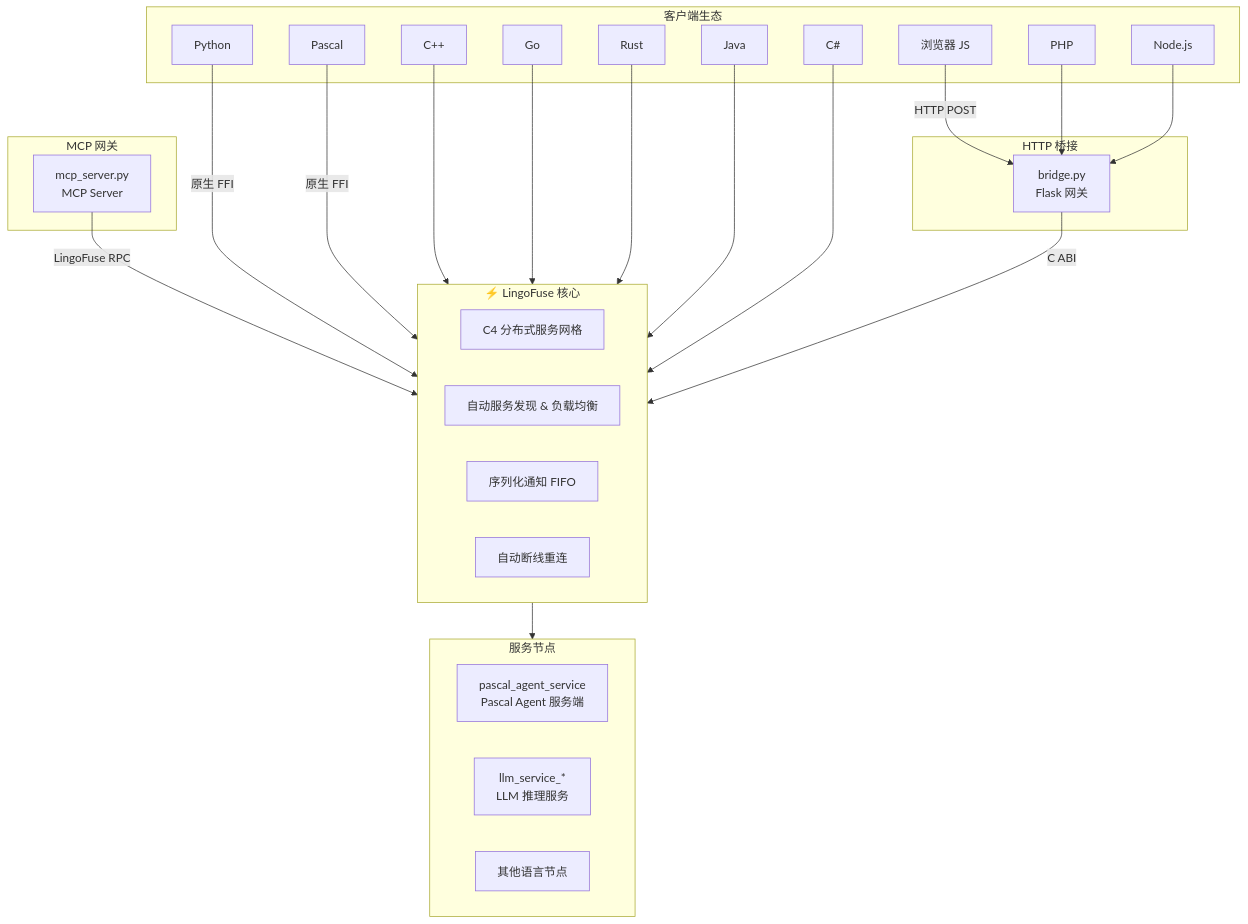
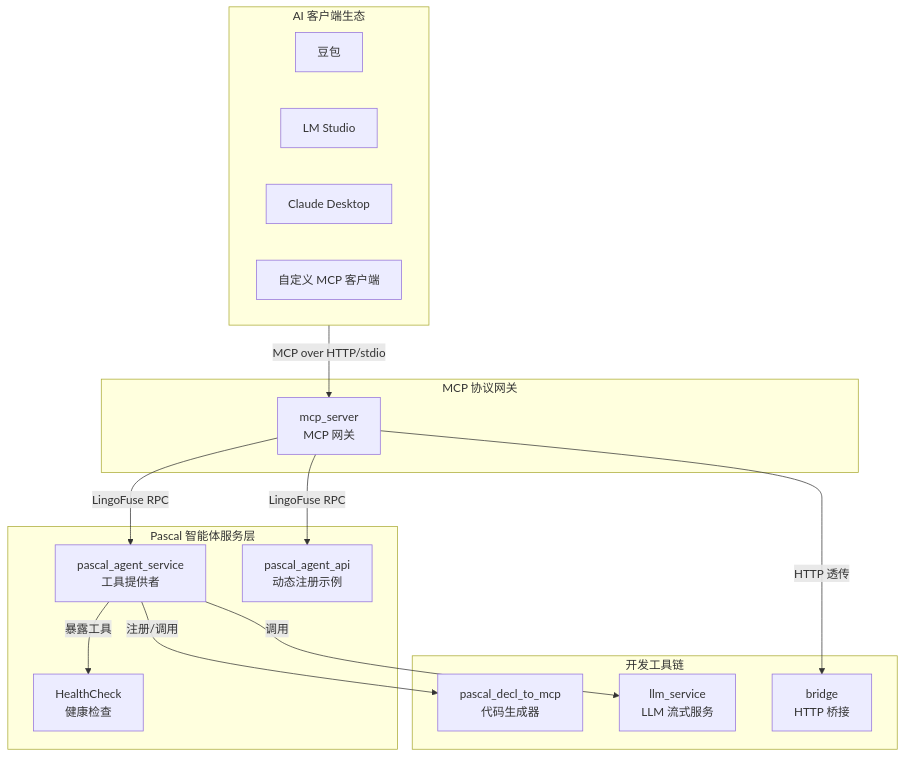
Before and after one commit to PassByYou888/LingoFuse-pasAgent: the diagram in readme.md, drawn with Mermaid. The commit also changed other lines of this file, not shown here.

````diff
--- a/readme.md
+++ b/readme.md
@@ -55,50 +45,33 @@
 ```mermaid
 graph TB
-    subgraph Clients["客户端生态"]
-        Py["Python"]
-        Pas["Pascal"]
-        CPP["C++"]
-        Go["Go"]
-        Rust["Rust"]
-        Java["Java"]
-        Cs["C#"]
-        Node["Node.js"]
-        PHP["PHP"]
-        Web["浏览器 JS"]
+    subgraph Clients["AI 客户端生态"]
+        Doubao["豆包"]
+        LMStudio["LM Studio"]
+        Claude["Claude Desktop"]
+        Custom["自定义 MCP 客户端"]
     end
 
-    subgraph Bridge["HTTP 桥接"]
-        Flask["bridge.py<br>Flask 网关"]
+    subgraph Gateway["MCP 协议网关"]
+        MCP["mcp_server<br>MCP 网关"]
     end
 
-    subgraph MCP["MCP 网关"]
-        MCPServer["mcp_server.py<br>MCP Server"]
+    subgraph Pascal["Pascal 智能体服务层"]
+        Agent["pascal_agent_service<br>工具提供者"]
+        API["pascal_agent_api<br>动态注册示例"]
+        Health["HealthCheck<br>健康检查"]
     end
 
-    subgraph Core["⚡ LingoFuse 核心"]
-        C4["C4 分布式服务网格"]
-        LB["自动服务发现 & 负载均衡"]
-        Seq["序列化通知 FIFO"]
-        Reconn["自动断线重连"]
+    subgraph Tools["开发工具链"]
+        Gen["pascal_decl_to_mcp<br>代码生成器"]
+        LLM["llm_service<br>LLM 流式服务"]
+        Bridge["bridge<br>HTTP 桥接"]
     end
 
-    subgraph Nodes["服务节点"]
-        PasNode["pascal_agent_service<br>Pascal Agent 服务端"]
-        LLMNode["llm_service_*<br>LLM 推理服务"]
-        OtherNode["其他语言节点"]
-    end
-
-    Web -->|HTTP POST| Flask
-    PHP --> Flask
-    Node --> Flask
-    MCPServer -->|LingoFuse RPC| Core
-    Py -->|原生 FFI| Core
-    Pas -->|原生 FFI| Core
-    CPP --> Core
-    Go --> Core
-    Rust --> Core
-    Java --> Core
-    Cs --> Core
-    Flask -->|C ABI| Core
-    Core --> Nodes
+    Clients -->|MCP over HTTP/stdio| MCP
+    MCP -->|LingoFuse RPC| Agent
+    MCP -->|LingoFuse RPC| API
+    Agent -->|注册/调用| Gen
+    Agent -->|调用| LLM
+    Agent -->|暴露工具| Health
+    MCP -->|HTTP 透传| Bridge
 ```
````
